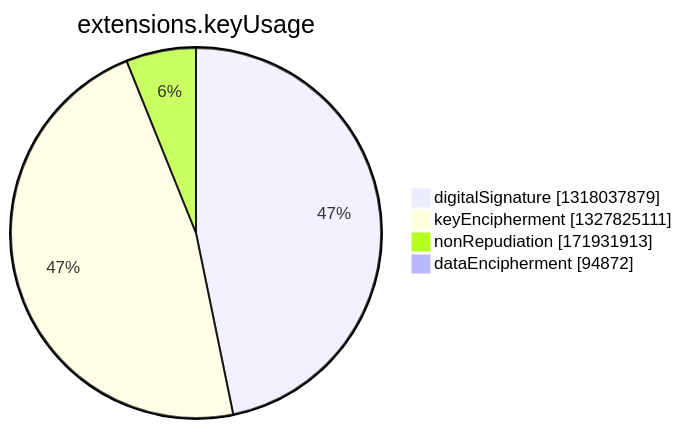
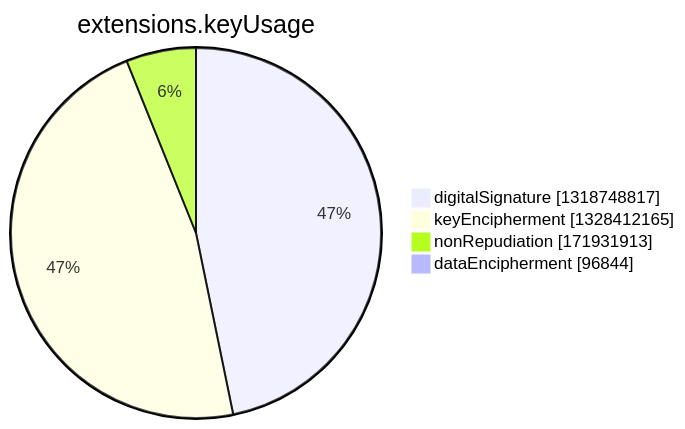
One commit to christiankrug/ctmonitor_visualization changed the seventh of 15 diagrams in argon2022/README.md. Above: the diagram before and after it, drawn with Mermaid. The commit also changed other lines of this file, not shown here.

````diff
--- a/argon2022/README.md
+++ b/argon2022/README.md
@@ -2750,8 +2750,8 @@
 ```mermaid
 pie showData
 title extensions.keyUsage
-"digitalSignature" :1318037879
-"keyEncipherment" :1327825111
+"digitalSignature" :1318748817
+"keyEncipherment" :1328412165
 "nonRepudiation" :171931913
-"dataEncipherment" :94872
+"dataEncipherment" :96844
 ```
````
